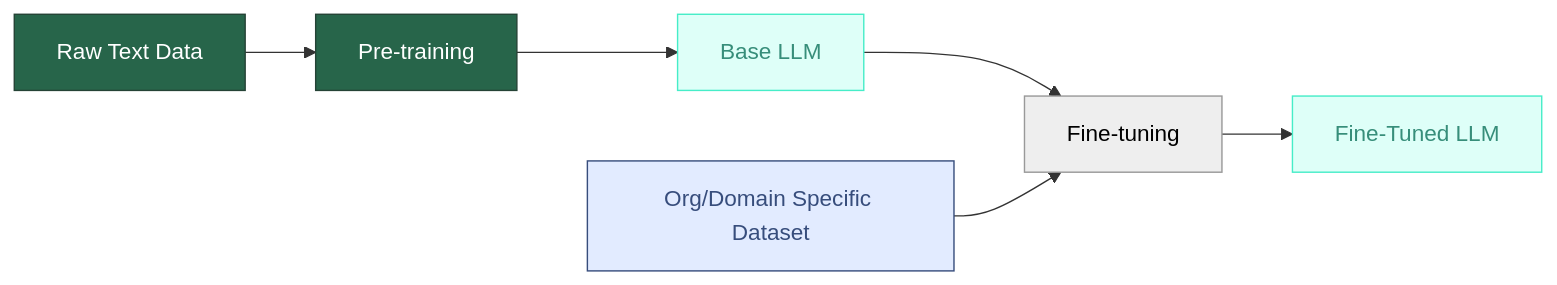
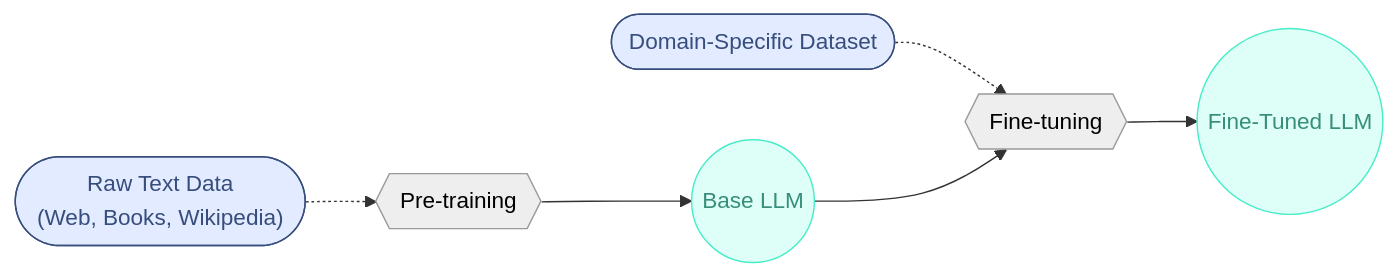
Before and after one commit to byu-strategy/ai-solutions: the diagram in 06-fine-tuning.qmd, drawn with Mermaid. The commit also changed other lines of this file, not shown here.

````diff
--- a/06-fine-tuning.qmd
+++ b/06-fine-tuning.qmd
@@ -9,20 +16,21 @@
 ```{mermaid}
+%%| echo: false
+%%| eval: true
 flowchart LR
-    n4["Raw Text Data"] --> n6["Pre-training"]
-    n6 --> n3["Base LLM"]
-    n3 --> n7["Fine-tuning"]
-    n7 --> n5["Fine-Tuned LLM"]
-    n1["Org/Domain Specific Dataset"] --> n7
+    A(["Raw Text Data 
+    (Web, Books, Wikipedia)"]) -.-> B{{Pre-training}}
+    B --> C((Base LLM))
+    D(["Domain-Specific Dataset"]) -.-> E{{Fine-tuning}}
+    C --> E
+    E --> F((Fine-Tuned LLM))
 
-    %% Class assignments
-    class n4,n6 Pine;
-    class n3,n5 Aqua;
-    class n7 Ash;
-    class n1 Sky;
+    %% Style assignments
+    class A,D Sky;
+    class B,E Ash;
+    class C,F Aqua;
 
     %% Style definitions
     classDef Sky stroke-width:1px, stroke:#374D7C, fill:#E2EBFF, color:#374D7C;
     classDef Ash stroke-width:1px, stroke:#999999, fill:#EEEEEE, color:#000000;
-    classDef Pine stroke-width:1px, stroke:#254336, fill:#27654A, color:#FFFFFF;
     classDef Aqua stroke-width:1px, stroke:#46EDC8, fill:#DEFFF8, color:#378E7A;
 ```
````
